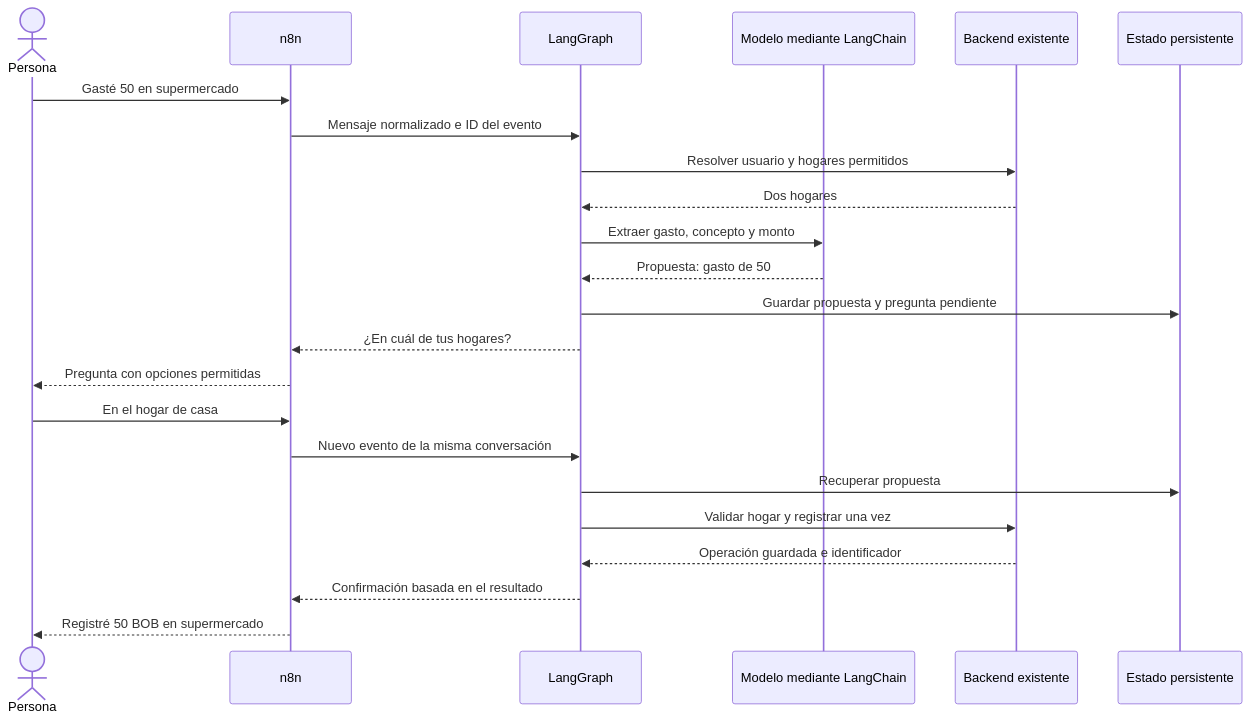
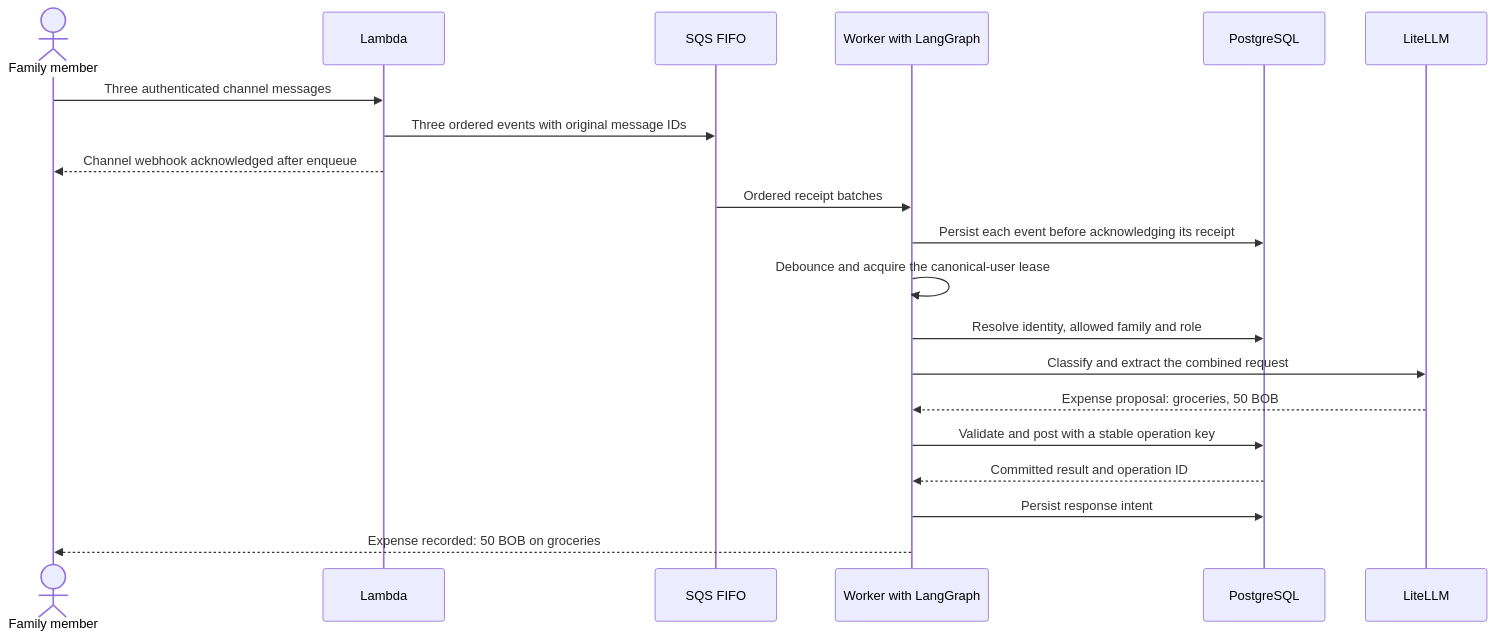
The fifth of 7 diagrams in docs/ai-attention-architecture.md (kplian/meta-hackathon), drawn with Mermaid before and after one commit. The commit also changed other lines of this file and 1 other file, not shown here.

Commit message:
docs: align AI attention design with AWS worker and LiteLLM architecture

````diff
--- a/docs/ai-attention-architecture.md
+++ b/docs/ai-attention-architecture.md
@@ -108,25 +230,22 @@
 ```mermaid
 sequenceDiagram
-    actor U as Persona
-    participant N as n8n
-    participant G as LangGraph
-    participant M as Modelo mediante LangChain
-    participant B as Backend existente
-    participant S as Estado persistente
-    U->>N: Gasté 50 en supermercado
-    N->>G: Mensaje normalizado e ID del evento
-    G->>B: Resolver usuario y hogares permitidos
-    B-->>G: Dos hogares
-    G->>M: Extraer gasto, concepto y monto
-    M-->>G: Propuesta: gasto de 50
-    G->>S: Guardar propuesta y pregunta pendiente
-    G-->>N: ¿En cuál de tus hogares?
-    N-->>U: Pregunta con opciones permitidas
-    U->>N: En el hogar de casa
-    N->>G: Nuevo evento de la misma conversación
-    G->>S: Recuperar propuesta
-    G->>B: Validar hogar y registrar una vez
-    B-->>G: Operación guardada e identificador
-    G-->>N: Confirmación basada en el resultado
-    N-->>U: Registré 50 BOB en supermercado
+    actor U as Family member
+    participant L as Lambda
+    participant Q as SQS FIFO
+    participant W as Worker with LangGraph
+    participant P as PostgreSQL
+    participant M as LiteLLM
+    U->>L: Three authenticated channel messages
+    L->>Q: Three ordered events with original message IDs
+    L-->>U: Channel webhook acknowledged after enqueue
+    Q->>W: Ordered receipt batches
+    W->>P: Persist each event before acknowledging its receipt
+    W->>W: Debounce and acquire the canonical-user lease
+    W->>P: Resolve identity, allowed family and role
+    W->>M: Classify and extract the combined request
+    M-->>W: Expense proposal: groceries, 50 BOB
+    W->>P: Validate and post with a stable operation key
+    P-->>W: Committed result and operation ID
+    W->>P: Persist response intent
+    W-->>U: Expense recorded: 50 BOB on groceries
 ```
````
